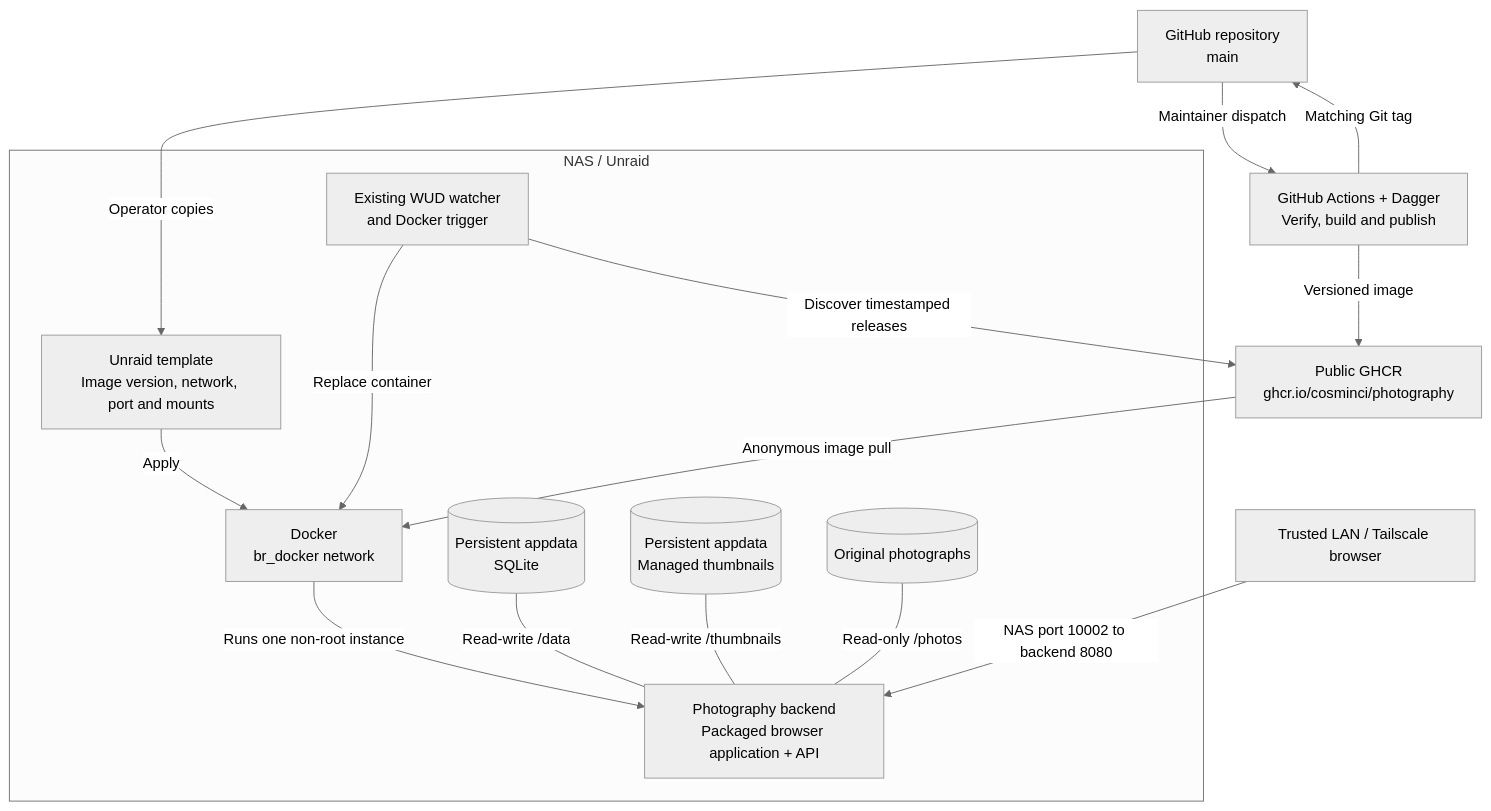
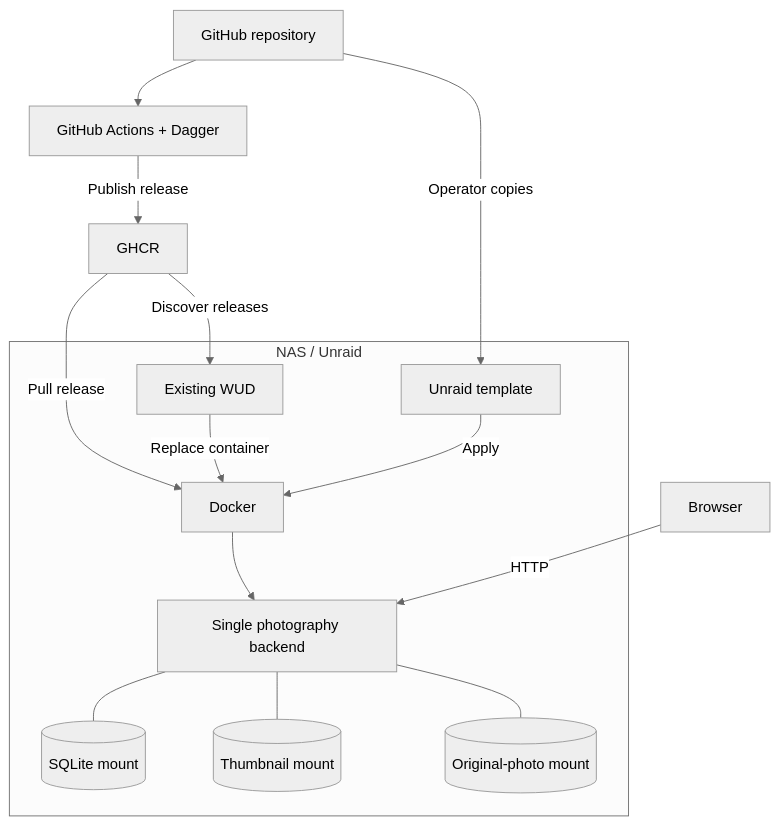
One commit to cosminci/photography changed the diagram in specs/operational.md. Above: the diagram before and after it, drawn with Mermaid (neutral theme). The commit also changed other lines of this file and 14 other files, not shown here.

````diff
--- a/specs/operational.md
+++ b/specs/operational.md
@@ -37,20 +30,19 @@
 ```mermaid
 flowchart TB
-    github["GitHub repository<br/>main"] -->|"Maintainer dispatch"| actions["GitHub Actions + Dagger<br/>Verify, build and publish"]
-    actions -->|"Versioned image"| ghcr["Public GHCR<br/>ghcr.io/cosminci/photography"]
-    actions -->|"Matching Git tag"| github
-    github -->|"Operator copies"| template["Unraid template<br/>Image version, network, port and mounts"]
+    github["GitHub repository"] --> actions["GitHub Actions + Dagger"]
+    actions -->|"Publish release"| ghcr["GHCR"]
+    github -->|"Operator copies"| template["Unraid template"]
+    ghcr -->|"Pull release"| docker
+    ghcr -->|"Discover releases"| wud
 
     subgraph nas["NAS / Unraid"]
-        template -->|"Apply"| docker["Docker<br/>br_docker network"]
-        docker -->|"Runs one non-root instance"| app["Photography backend<br/>Packaged browser application + API"]
-        wud["Existing WUD watcher<br/>and Docker trigger"] -->|"Replace container"| docker
-        data[("Persistent appdata<br/>SQLite")] ---|"Read-write /data"| app
-        thumbnails[("Persistent appdata<br/>Managed thumbnails")] ---|"Read-write /thumbnails"| app
-        originals[("Original photographs")] ---|"Read-only /photos"| app
+        template -->|"Apply"| docker["Docker"]
+        wud["Existing WUD"] -->|"Replace container"| docker
+        docker --> app["Single photography backend"]
+        app --- data[("SQLite mount")]
+        app --- thumbnails[("Thumbnail mount")]
+        app --- originals[("Original-photo mount")]
     end
 
-    ghcr -->|"Anonymous image pull"| docker
-    wud -->|"Discover timestamped releases"| ghcr
-    browser["Trusted LAN / Tailscale browser"] -->|"NAS port 10002 to backend 8080"| app
+    browser["Browser"] -->|"HTTP"| app
 ```
````
